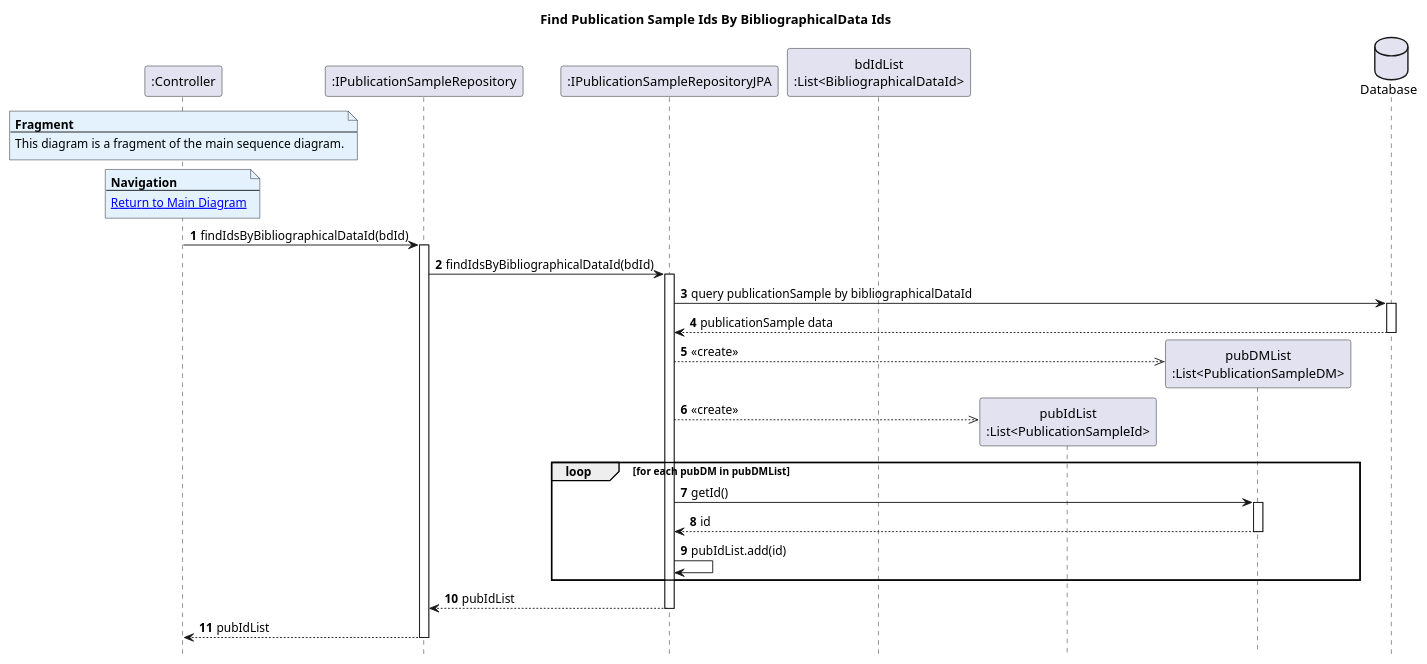
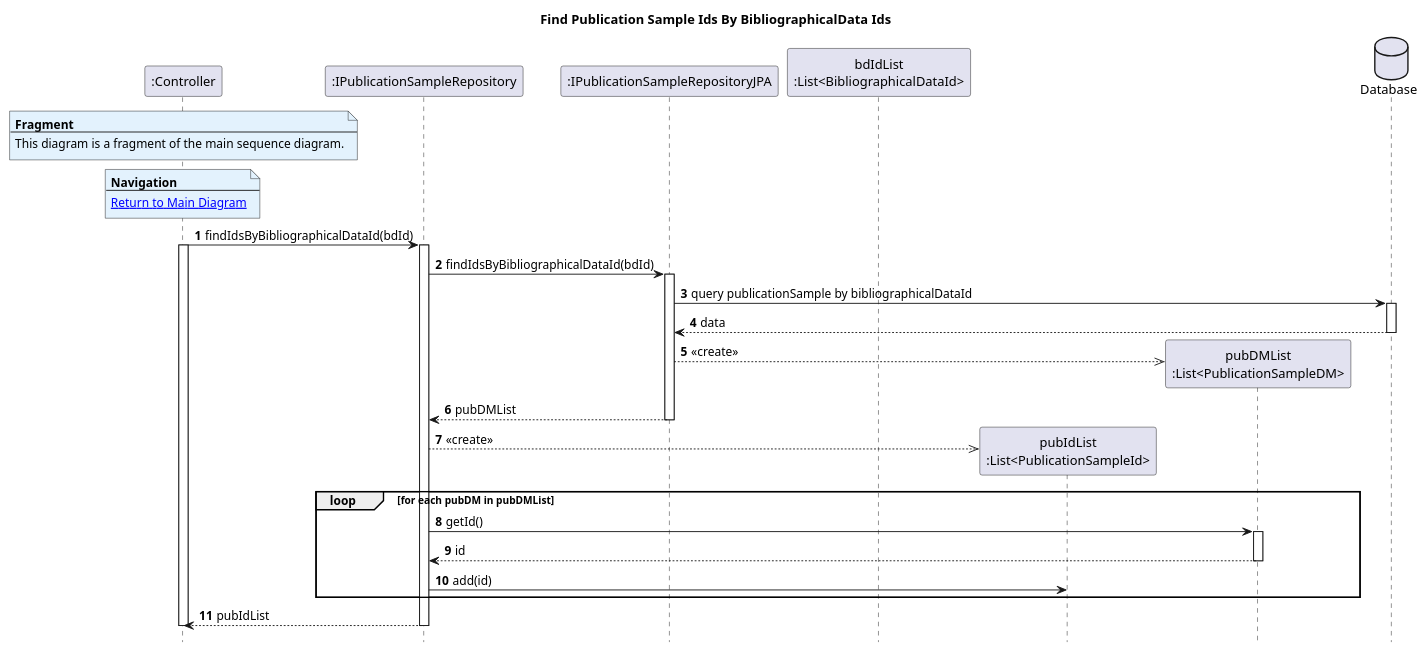
One commit to AndrePereiraGitH/SWitCH-Project-Team_A changed the diagram in Diagrams/SequenceDiagrams/N2/To-get-the-list-of-items-on-direct-sale-of-a-given-author/4.FindPublicationSampleIdsbyBibliographicalDataIds.puml. Above: the diagram before and after it, drawn with PlantUML. The commit also changed 9 other files, not shown here.

```diff
--- a/Diagrams/SequenceDiagrams/N2/To-get-the-list-of-items-on-direct-sale-of-a-given-author/4.FindPublicationSampleIdsbyBibliographicalDataIds.puml
+++ b/Diagrams/SequenceDiagrams/N2/To-get-the-list-of-items-on-direct-sale-of-a-given-author/4.FindPublicationSampleIdsbyBibliographicalDataIds.puml
@@ -1,55 +1,57 @@
 @startuml
 hide footbox
 autonumber
 title Find Publication Sample Ids By BibliographicalData Ids
 
 participant ":Controller" as Ctrl
 participant ":IPublicationSampleRepository" as pubRepo
 participant ":IPublicationSampleRepositoryJPA" as pubRepoJPA
 participant "bdIdList\n:List<BibliographicalDataId>" as bdIdList
 participant "pubIdList\n:List<PublicationSampleId>" as pubIdList
 participant "pubDMList\n:List<PublicationSampleDM>" as pubDMList
 database "Database" as db
 
 note over Ctrl #E3F2FD
 <b>Fragment</b>
 ---
 This diagram is a fragment of the main sequence diagram.
 end note
 
 note over Ctrl #E3F2FD
 <b>Navigation</b>
 ---
 [[1.MainDiagram.puml Return to Main Diagram]]
 end note
 
 Ctrl -> pubRepo : findIdsByBibliographicalDataId(bdId)
+activate Ctrl
 activate pubRepo
 
 pubRepo -> pubRepoJPA : findIdsByBibliographicalDataId(bdId)
 activate pubRepoJPA
 
 pubRepoJPA -> db : query publicationSample by bibliographicalDataId
 activate db
-db --> pubRepoJPA : publicationSample data
+db --> pubRepoJPA : data
 deactivate db
 
 pubRepoJPA -->> pubDMList ** : <<create>>
 
-pubRepoJPA -->> pubIdList ** : <<create>>
+pubRepoJPA --> pubRepo : pubDMList
+deactivate pubRepoJPA
+
+pubRepo -->> pubIdList** : <<create>>
 
 loop for each pubDM in pubDMList
-pubRepoJPA -> pubDMList : getId()
+pubRepo -> pubDMList : getId()
 activate pubDMList
-pubDMList --> pubRepoJPA : id
+pubDMList --> pubRepo : id
 deactivate pubDMList
-pubRepoJPA -> pubRepoJPA : pubIdList.add(id)
+pubRepo -> pubIdList : add(id)
 end
-
-pubRepoJPA --> pubRepo : pubIdList
-deactivate pubRepoJPA
 
 pubRepo --> Ctrl : pubIdList
 deactivate pubRepo
 
+deactivate Ctrl
 @enduml
```
